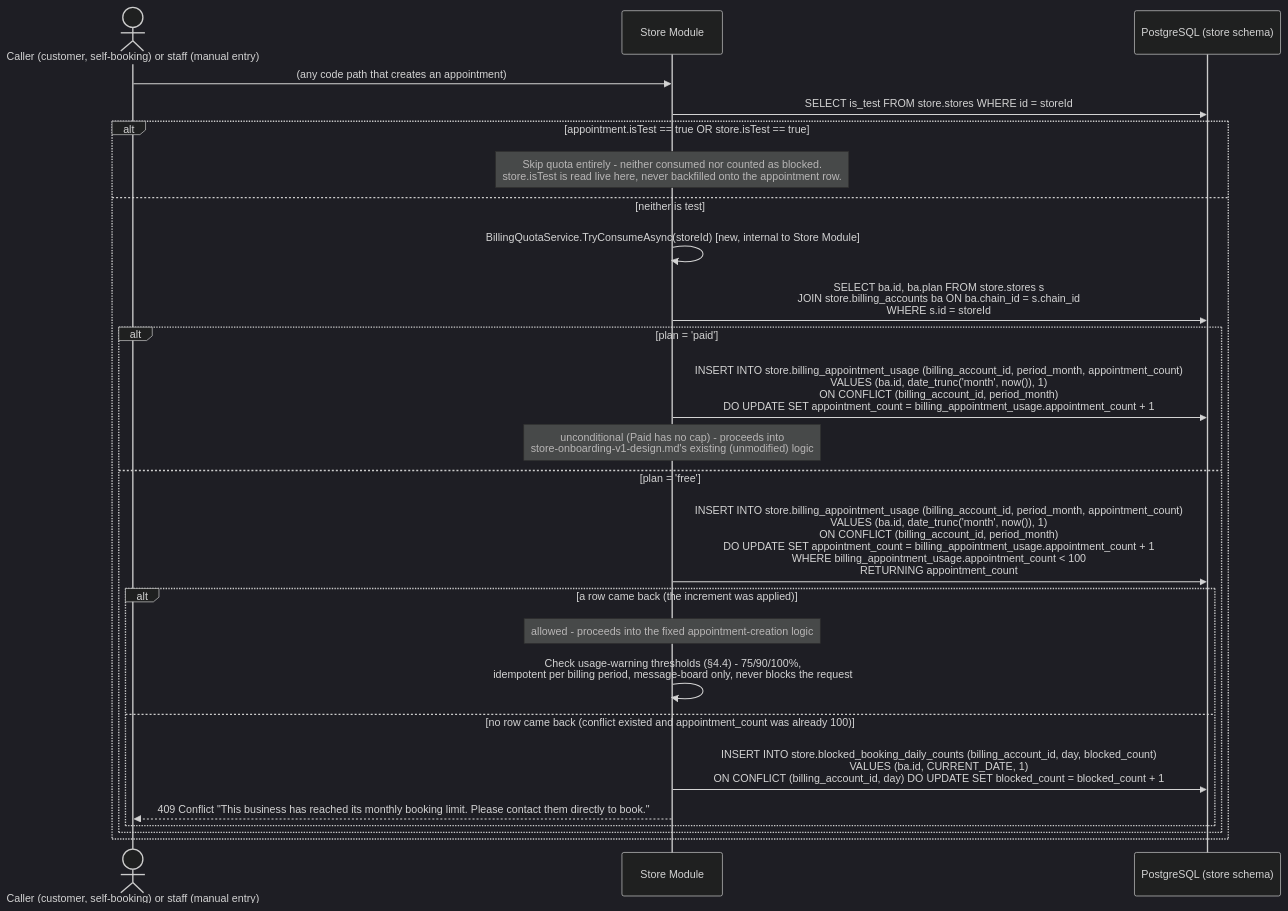
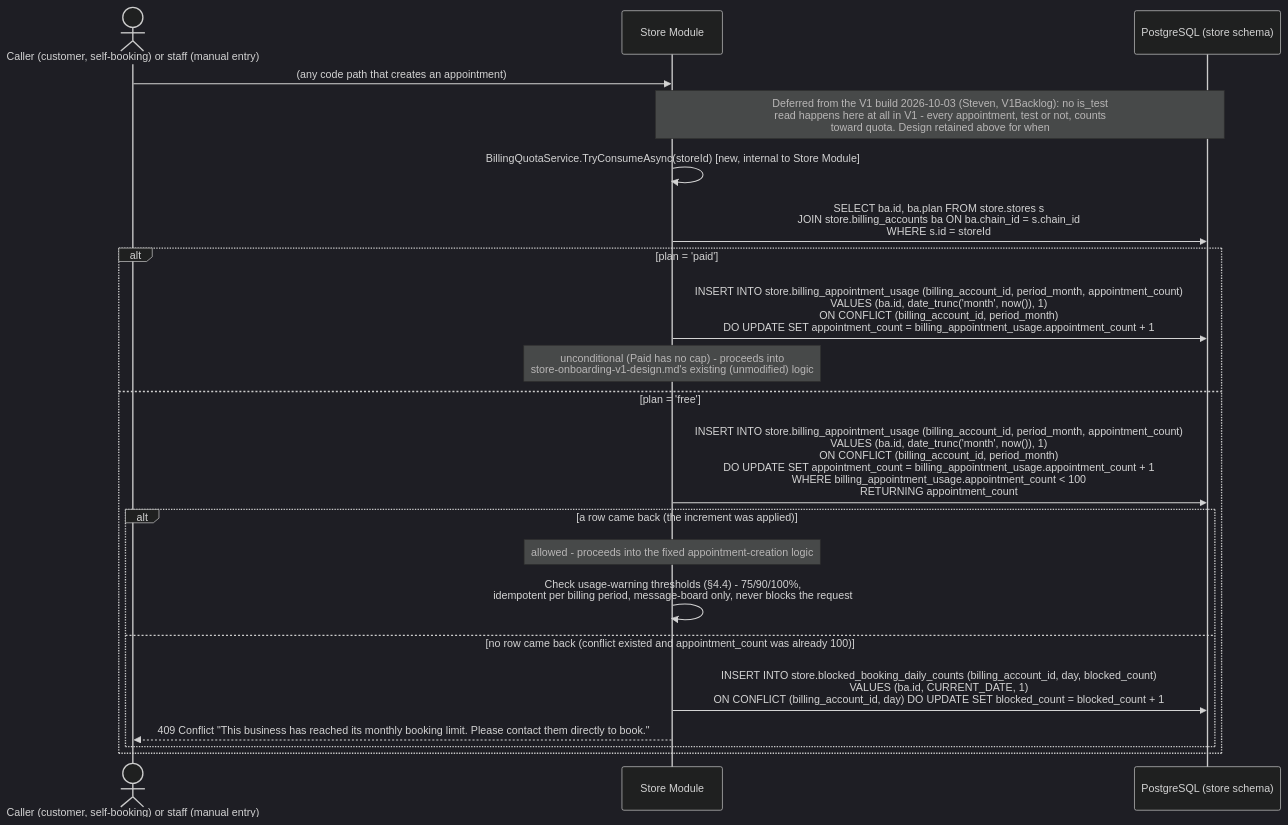
Before and after one commit to szhanggit/appointmentsystemdesign: the second of 6 diagrams in usercasestudy/groway-billing-workflow.md, drawn with Mermaid (dark theme). The commit also changed other lines of this file and 31 other files, not shown here.

````diff
--- a/usercasestudy/groway-billing-workflow.md
+++ b/usercasestudy/groway-billing-workflow.md
@@ -87,28 +106,24 @@
 ```mermaid
 sequenceDiagram
     actor C as Caller (customer, self-booking) or staff (manual entry)
     participant SM as Store Module
     participant DB as PostgreSQL (store schema)
 
     C->>SM: (any code path that creates an appointment)
-    SM->>DB: SELECT is_test FROM store.stores WHERE id = storeId
-    alt appointment.isTest == true OR store.isTest == true
-        Note over SM: Skip quota entirely - neither consumed nor counted as blocked.<br/>store.isTest is read live here, never backfilled onto the appointment row.
-    else neither is test
-        SM->>SM: BillingQuotaService.TryConsumeAsync(storeId) [new, internal to Store Module]
+    Note over SM,DB: Deferred from the V1 build 2026-10-03 (Steven, V1Backlog): no is_test<br/>read happens here at all in V1 - every appointment, test or not, counts<br/>toward quota. Design retained above for when #18 revisits this post-pilot.
+    SM->>SM: BillingQuotaService.TryConsumeAsync(storeId) [new, internal to Store Module]
         SM->>DB: SELECT ba.id, ba.plan FROM store.stores s<br/>JOIN store.billing_accounts ba ON ba.chain_id = s.chain_id<br/>WHERE s.id = storeId
         alt plan = 'paid'
             SM->>DB: INSERT INTO store.billing_appointment_usage (billing_account_id, period_month, appointment_count)<br/>VALUES (ba.id, date_trunc('month', now()), 1)<br/>ON CONFLICT (billing_account_id, period_month)<br/>DO UPDATE SET appointment_count = billing_appointment_usage.appointment_count + 1
             Note over SM: unconditional (Paid has no cap) - proceeds into<br/>store-onboarding-v1-design.md's existing (unmodified) logic
         else plan = 'free'
             SM->>DB: INSERT INTO store.billing_appointment_usage (billing_account_id, period_month, appointment_count)<br/>VALUES (ba.id, date_trunc('month', now()), 1)<br/>ON CONFLICT (billing_account_id, period_month)<br/>DO UPDATE SET appointment_count = billing_appointment_usage.appointment_count + 1<br/>WHERE billing_appointment_usage.appointment_count < 100<br/>RETURNING appointment_count
             alt a row came back (the increment was applied)
                 Note over SM: allowed - proceeds into the fixed appointment-creation logic
                 SM->>SM: Check usage-warning thresholds (§4.4) - 75/90/100%,<br/>idempotent per billing period, message-board only, never blocks the request
             else no row came back (conflict existed and appointment_count was already 100)
                 SM->>DB: INSERT INTO store.blocked_booking_daily_counts (billing_account_id, day, blocked_count)<br/>VALUES (ba.id, CURRENT_DATE, 1)<br/>ON CONFLICT (billing_account_id, day) DO UPDATE SET blocked_count = blocked_count + 1
                 SM-->>C: 409 Conflict "This business has reached its monthly booking limit. Please contact them directly to book."
             end
         end
-    end
 ```
````
